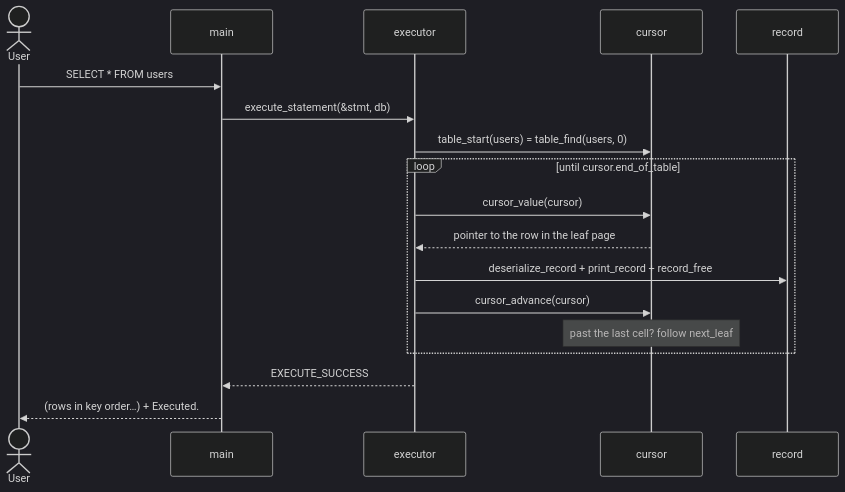
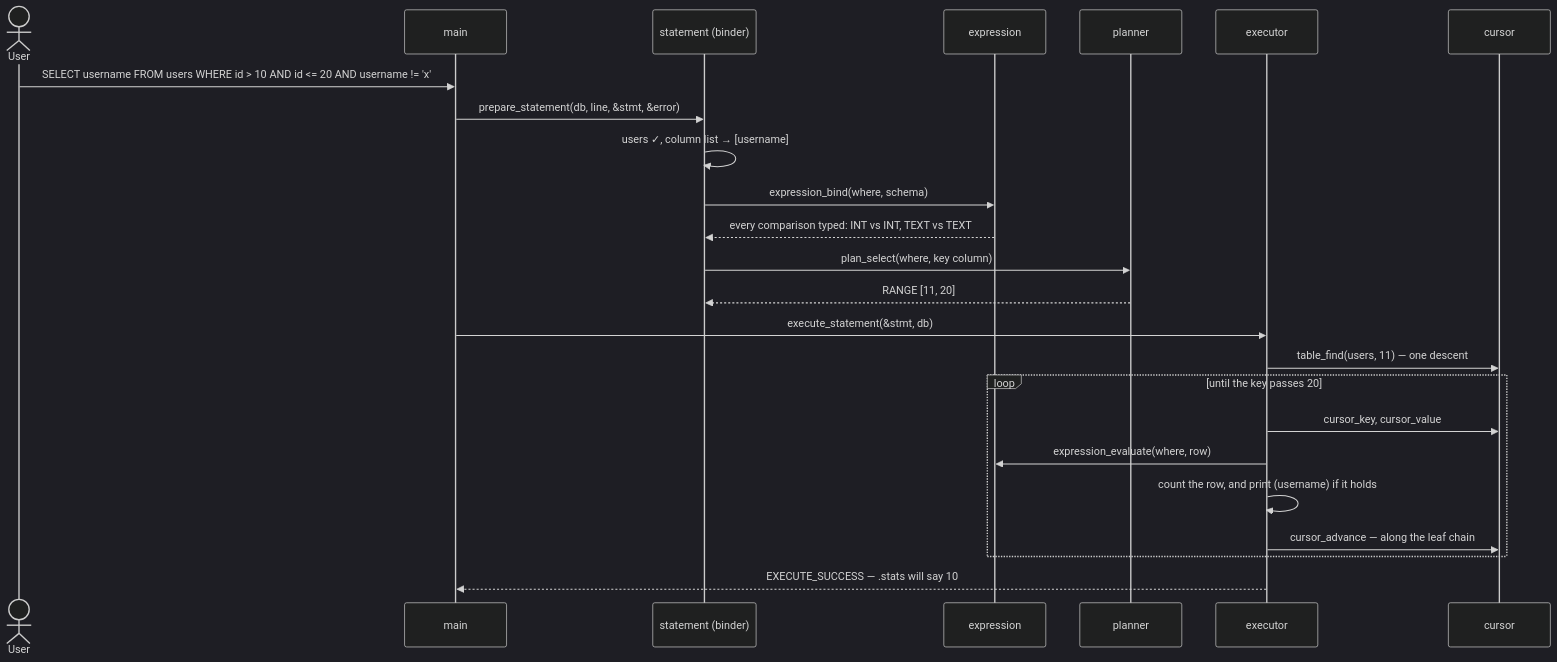
One commit to Rohitangshu2026/mini-sql changed diagram 15 of 22 in README.md. Above: the diagram before and after it, drawn with Mermaid (dark theme). The commit also changed other lines of this file, not shown here.

````diff
--- a/README.md
+++ b/README.md
@@ -891,21 +944,27 @@
 ```mermaid
 sequenceDiagram
     actor U as User
     participant M as main
+    participant S as statement (binder)
+    participant X as expression
+    participant L as planner
     participant E as executor
     participant C as cursor
-    participant R as record
 
-    U->>M: SELECT * FROM users;
+    U->>M: SELECT username FROM users WHERE id > 10 AND id <= 20 AND username != 'x';
+    M->>S: prepare_statement(db, line, &stmt, &error)
+    S->>S: users ✓, column list → [username]
+    S->>X: expression_bind(where, schema)
+    X-->>S: every comparison typed: INT vs INT, TEXT vs TEXT
+    S->>L: plan_select(where, key column)
+    L-->>S: RANGE [11, 20]
     M->>E: execute_statement(&stmt, db)
-    E->>C: table_start(users) = table_find(users, 0)
-    loop until cursor.end_of_table
-        E->>C: cursor_value(cursor)
-        C-->>E: pointer to the row in the leaf page
-        E->>R: deserialize_record + print_record + record_free
-        E->>C: cursor_advance(cursor)
-        Note over C: past the last cell? follow next_leaf
+    E->>C: table_find(users, 11) — one descent
+    loop until the key passes 20
+        E->>C: cursor_key, cursor_value
+        E->>X: expression_evaluate(where, row)
+        E->>E: count the row, and print (username) if it holds
+        E->>C: cursor_advance — along the leaf chain
     end
-    E-->>M: EXECUTE_SUCCESS
-    M-->>U: (rows in key order…) + Executed.
+    E-->>M: EXECUTE_SUCCESS — .stats will say 10
 ```
````
